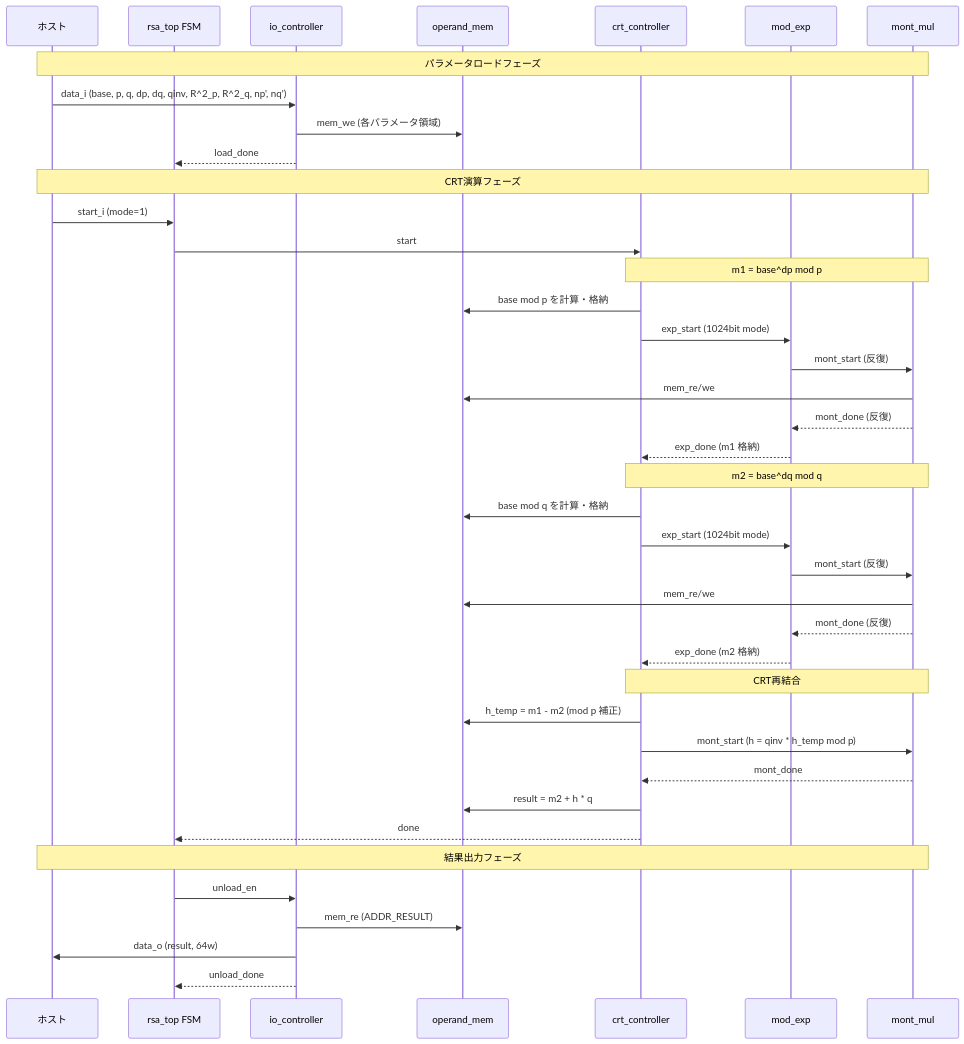
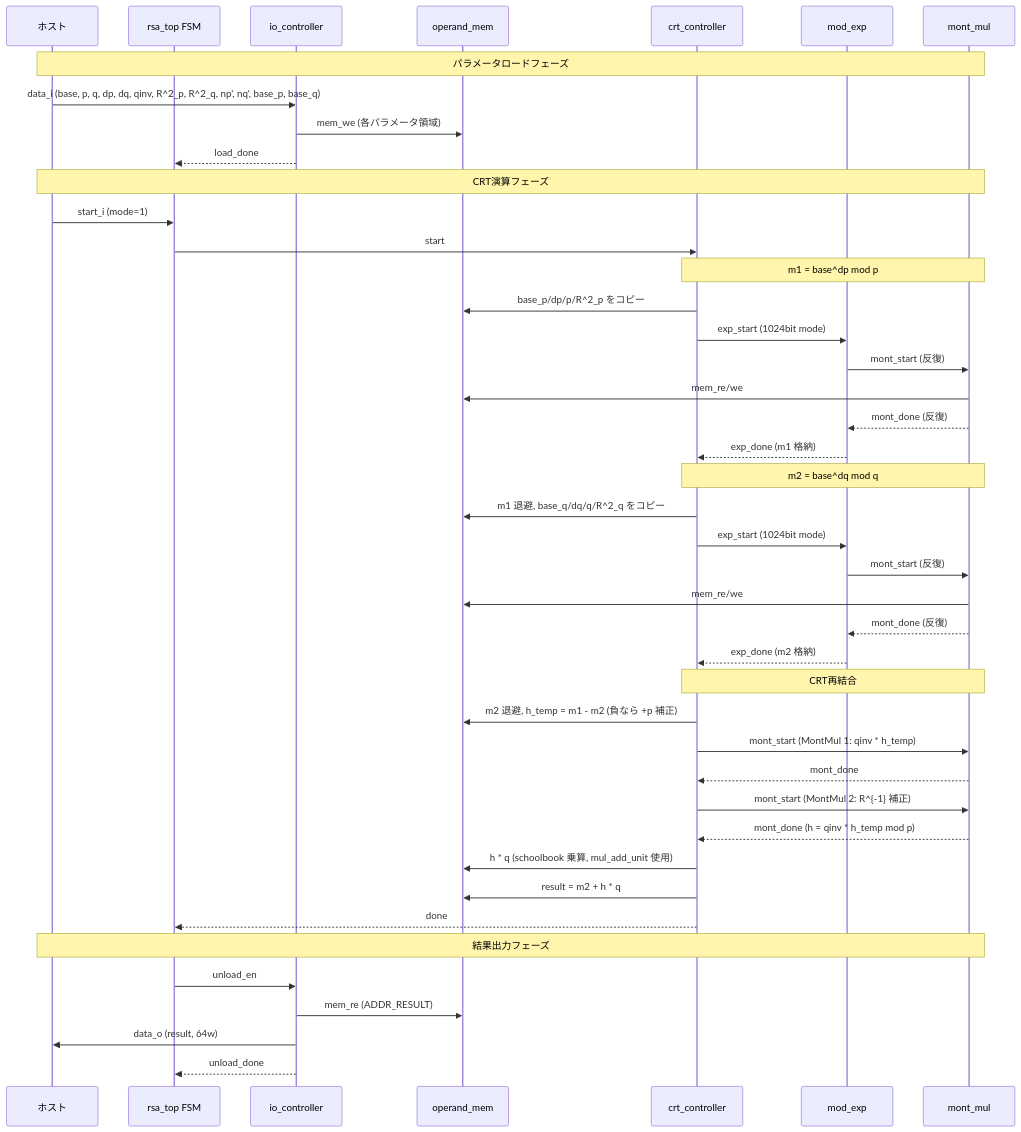
One commit to a2zime/rsa_2048 changed the ninth of 9 diagrams in docs/design_spec.md. Above: the diagram before and after it, drawn with Mermaid. The commit also changed other lines of this file and 5 other files, not shown here.

First line of the commit message:
fix: resolve spec-RTL discrepancies in CRT controller, mul_add_unit, mod_exp, mont_mul

````diff
--- a/docs/design_spec.md
+++ b/docs/design_spec.md
@@ -849,48 +905,51 @@
 ```mermaid
 sequenceDiagram
     participant H as ホスト
     participant RSA as rsa_top FSM
     participant IO as io_controller
     participant MEM as operand_mem
     participant CRT as crt_controller
     participant EXP as mod_exp
     participant MONT as mont_mul
 
     Note over H,MONT: パラメータロードフェーズ
-    H->>IO: data_i (base, p, q, dp, dq, qinv, R^2_p, R^2_q, np', nq')
+    H->>IO: data_i (base, p, q, dp, dq, qinv, R^2_p, R^2_q, np', nq', base_p, base_q)
     IO->>MEM: mem_we (各パラメータ領域)
     IO-->>RSA: load_done
 
     Note over H,MONT: CRT演算フェーズ
     H->>RSA: start_i (mode=1)
     RSA->>CRT: start
 
     Note over CRT,MONT: m1 = base^dp mod p
-    CRT->>MEM: base mod p を計算・格納
+    CRT->>MEM: base_p/dp/p/R^2_p をコピー
     CRT->>EXP: exp_start (1024bit mode)
     EXP->>MONT: mont_start (反復)
     MONT->>MEM: mem_re/we
     MONT-->>EXP: mont_done (反復)
     EXP-->>CRT: exp_done (m1 格納)
 
     Note over CRT,MONT: m2 = base^dq mod q
-    CRT->>MEM: base mod q を計算・格納
+    CRT->>MEM: m1 退避, base_q/dq/q/R^2_q をコピー
     CRT->>EXP: exp_start (1024bit mode)
     EXP->>MONT: mont_start (反復)
     MONT->>MEM: mem_re/we
     MONT-->>EXP: mont_done (反復)
     EXP-->>CRT: exp_done (m2 格納)
 
     Note over CRT,MONT: CRT再結合
-    CRT->>MEM: h_temp = m1 - m2 (mod p 補正)
-    CRT->>MONT: mont_start (h = qinv * h_temp mod p)
+    CRT->>MEM: m2 退避, h_temp = m1 - m2 (負なら +p 補正)
+    CRT->>MONT: mont_start (MontMul 1: qinv * h_temp)
     MONT-->>CRT: mont_done
+    CRT->>MONT: mont_start (MontMul 2: R^{-1} 補正)
+    MONT-->>CRT: mont_done (h = qinv * h_temp mod p)
+    CRT->>MEM: h * q (schoolbook 乗算, mul_add_unit 使用)
     CRT->>MEM: result = m2 + h * q
     CRT-->>RSA: done
 
     Note over H,MONT: 結果出力フェーズ
     RSA->>IO: unload_en
     IO->>MEM: mem_re (ADDR_RESULT)
     IO->>H: data_o (result, 64w)
     IO-->>RSA: unload_done
 ```
````
